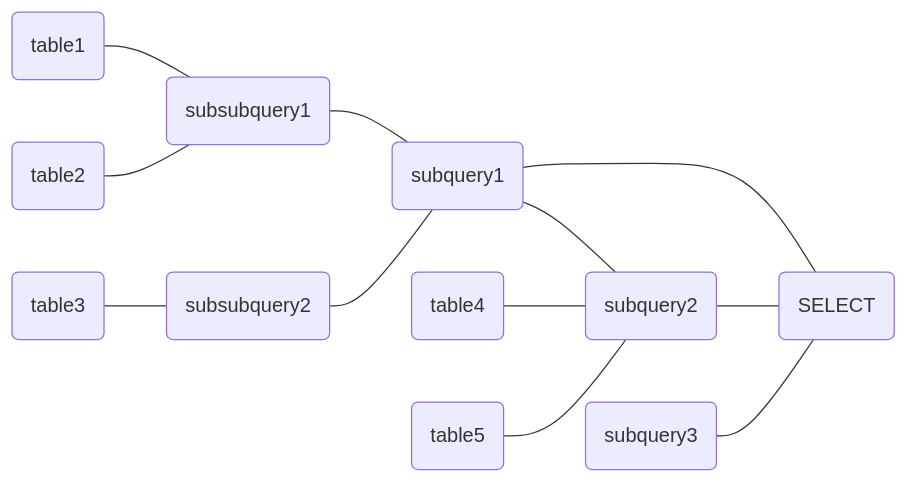
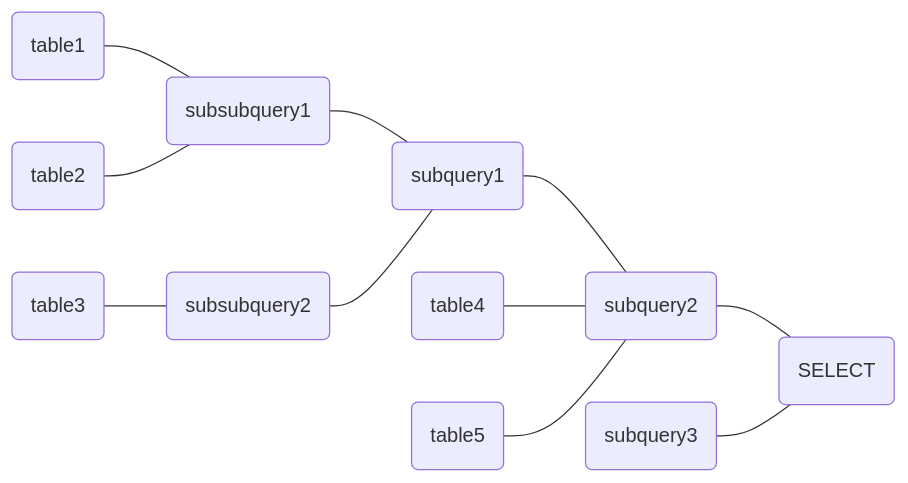
Before and after one commit to carnarez/depviz: the diagram in utils/README.md, drawn with Mermaid. The commit also changed other lines of this file and 1 other file, not shown here.

Commit message:
Fixed the nonsensical query

````diff
--- a/utils/README.md
+++ b/utils/README.md
@@ -406,29 +404,28 @@
 ```mermaid
 graph LR
   %% nodes
   node1(table1)
   node2(subsubquery1)
   node3(table2)
   node4(table3)
   node5(subsubquery2)
   node6(subquery1)
   node7(subquery2)
-  node8(SELECT)
-  node9(table4)
-  node10(table5)
+  node8(table4)
+  node9(table5)
+  node10(SELECT)
   node11(subquery3)
   %% links
   node1 --- node2
   node3 --- node2
   node4 --- node5
   node2 --- node6
   node5 --- node6
   node6 --- node7
-  node6 --- node8
+  node8 --- node7
   node9 --- node7
-  node10 --- node7
-  node7 --- node8
-  node11 --- node8
+  node7 --- node10
+  node11 --- node10
   %% style
   linkStyle default fill:none,stroke-width:1px
 ```
````
